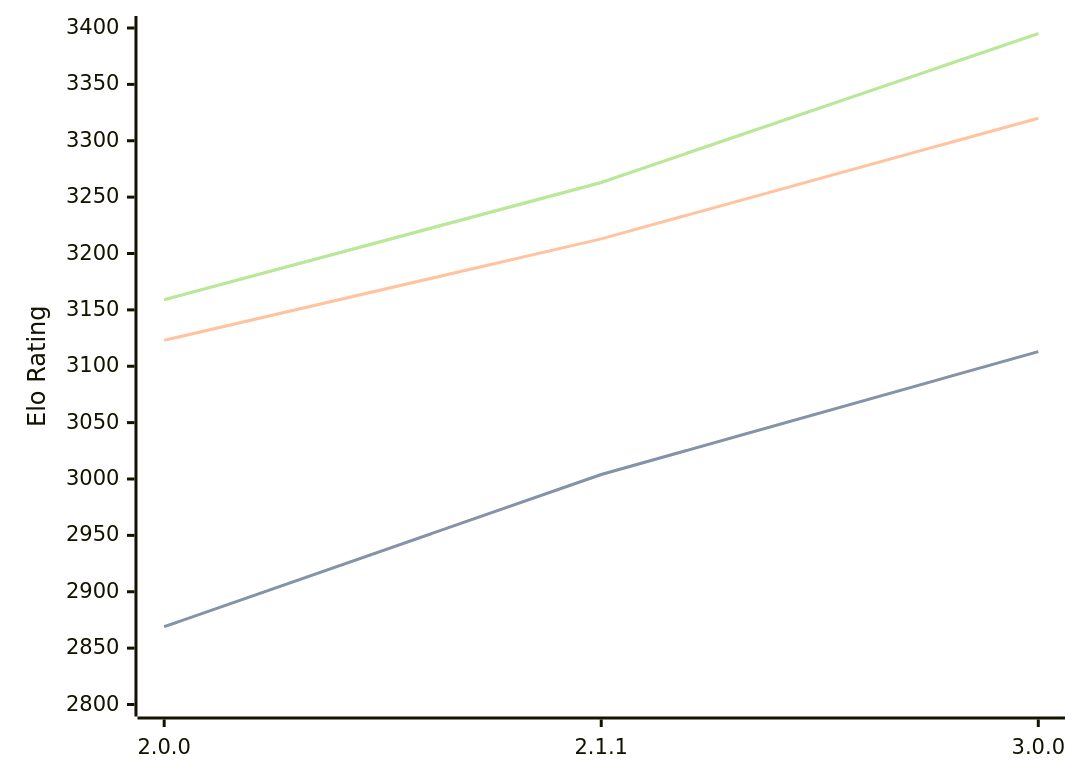
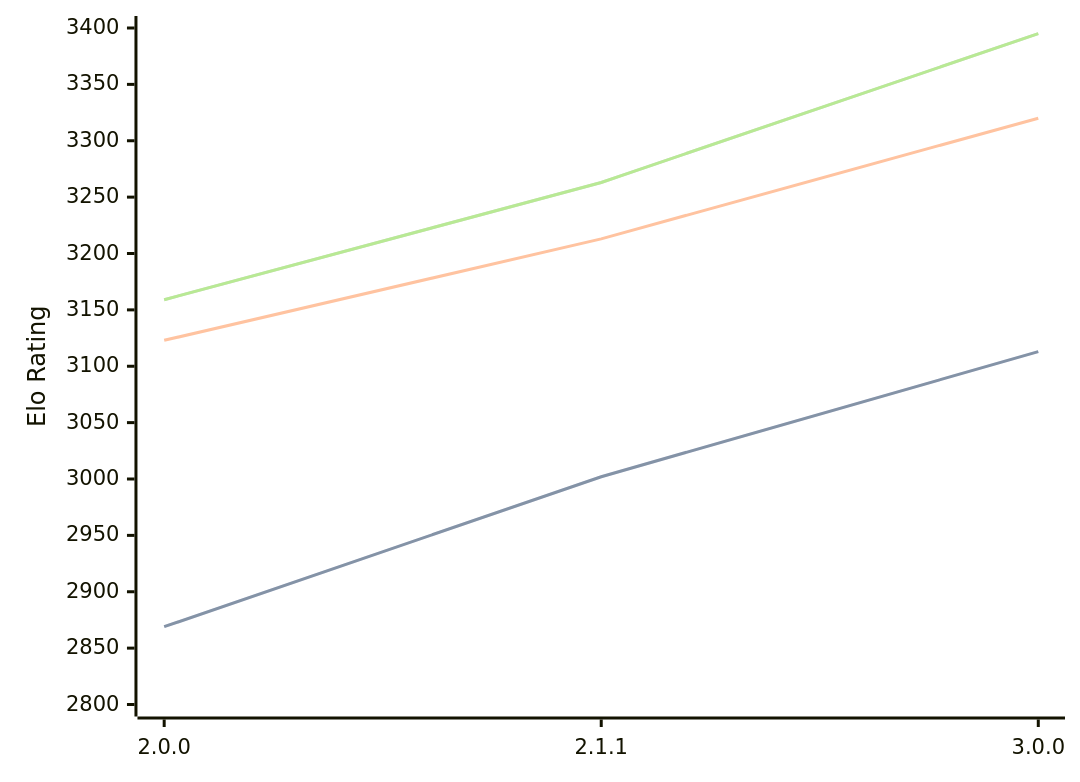
The diagram in engines/Bread.md (computer-chess-index/cci), drawn with Mermaid before and after one commit. The commit also changed other lines of this file, not shown here.

````diff
--- a/engines/Bread.md
+++ b/engines/Bread.md
@@ -36,11 +36,11 @@
 ```mermaid
 %%{init: {"theme":"base","themeVariables":{"seriesColors:['#a3a3a3','#222221','#faa371']}}}%%
 xychart-beta
   x-axis ["2.0.0", "2.1.1", "3.0.0"]
   y-axis "Elo Rating" 2800 --> 3400
-  line "" [2869, 3004, 3113]
-  line "STC (8.0+0.08s)" [2869, 3004, 3113]
+  line "" [2869, 3002, 3113]
+  line "STC (8.0+0.08s)" [2869, 3002, 3113]
   line "LTC (60.0+0.60s)" [3123, 3213, 3320]
   line "" [3159, 3263, 3395]
   line "VLTC (2m24s+1.12s)" [3159, 3263, 3395]
 ```
````
